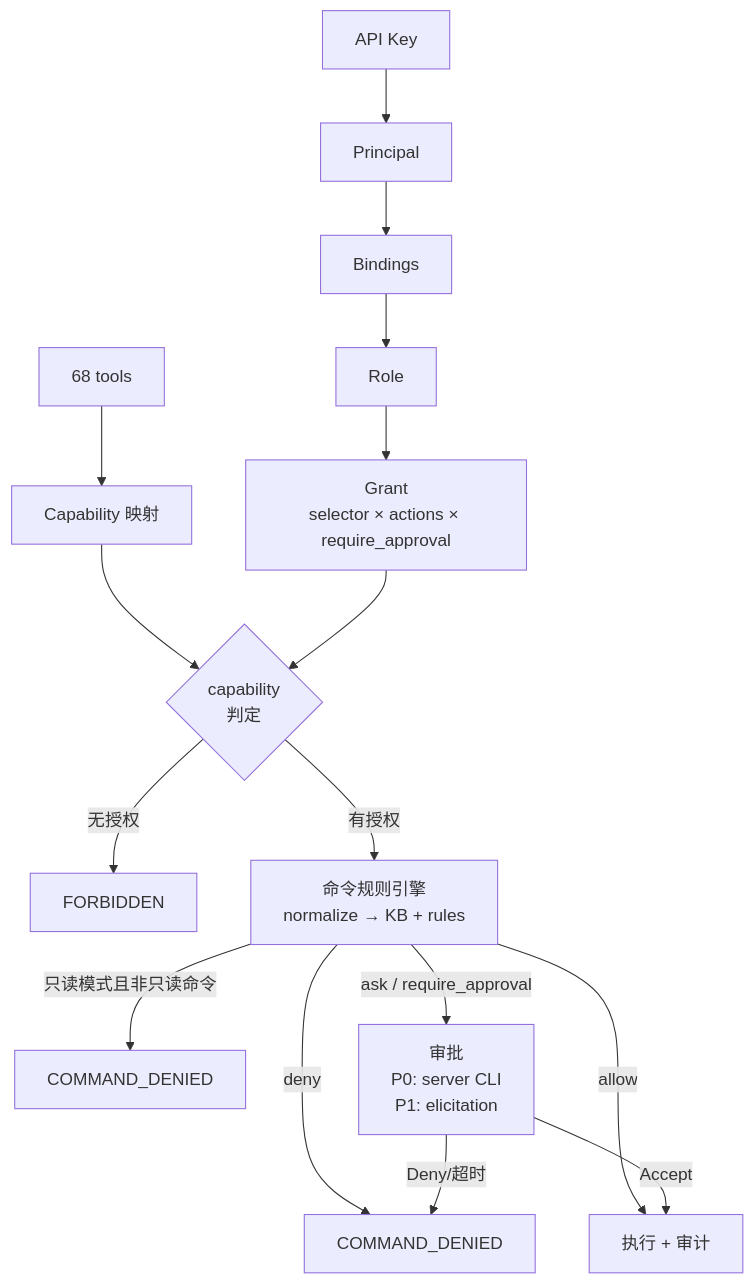
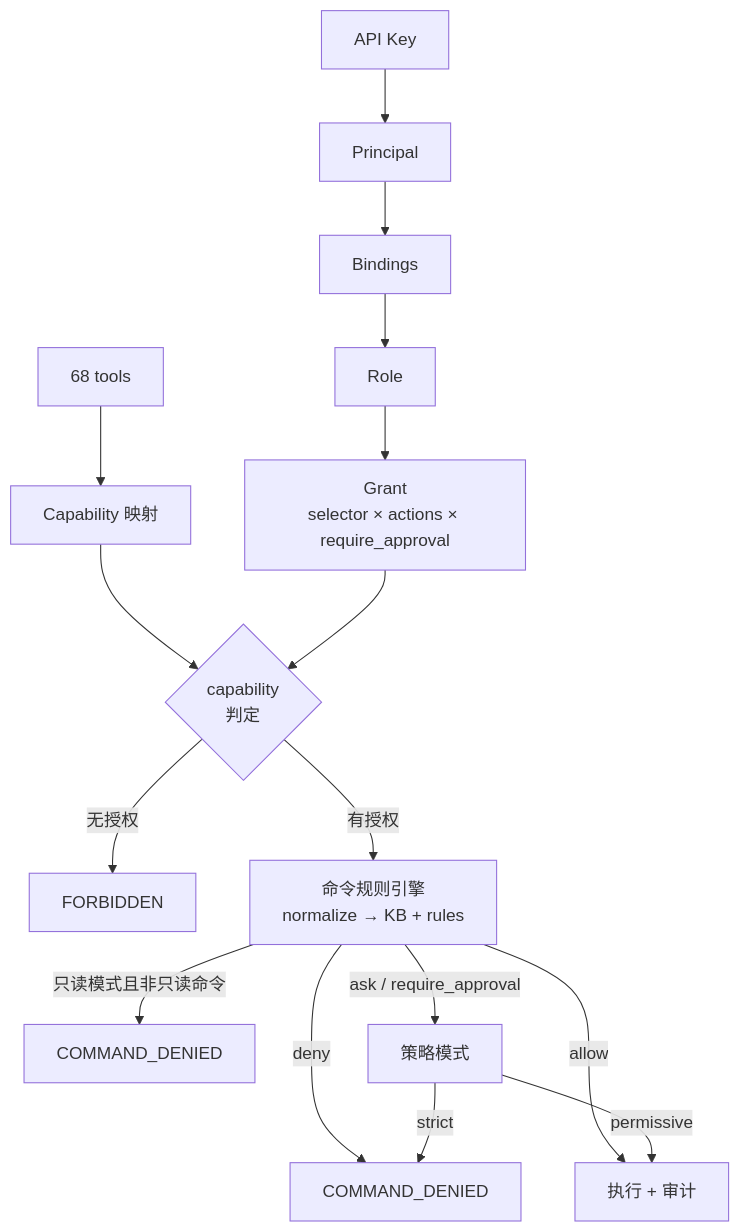
Before and after one commit to tddh/clum: the diagram in clum-docs/authorization-model.md, drawn with Mermaid. The commit also changed other lines of this file and 7 other files, not shown here.

````diff
--- a/clum-docs/authorization-model.md
+++ b/clum-docs/authorization-model.md
@@ -66,18 +66,18 @@
 ```mermaid
 flowchart TD
   K["API Key"] --> P["Principal"]
   P --> B["Bindings"]
   B --> R["Role"]
   R --> G["Grant<br/>selector × actions × require_approval"]
   T["68 tools"] --> M["Capability 映射"]
   M --> C{"capability<br/>判定"}
   G --> C
   C -->|无授权| F["FORBIDDEN"]
   C -->|有授权| E["命令规则引擎<br/>normalize → KB + rules"]
   E -->|只读模式且非只读命令| RD["COMMAND_DENIED"]
   E -->|deny| D["COMMAND_DENIED"]
-  E -->|ask / require_approval| A["审批<br/>P0: server CLI<br/>P1: elicitation"]
+  E -->|ask / require_approval| A["策略模式"]
   E -->|allow| X["执行 + 审计"]
-  A -->|Accept| X
-  A -->|Deny/超时| D
+  A -->|permissive| X
+  A -->|strict| D
 ```
````
